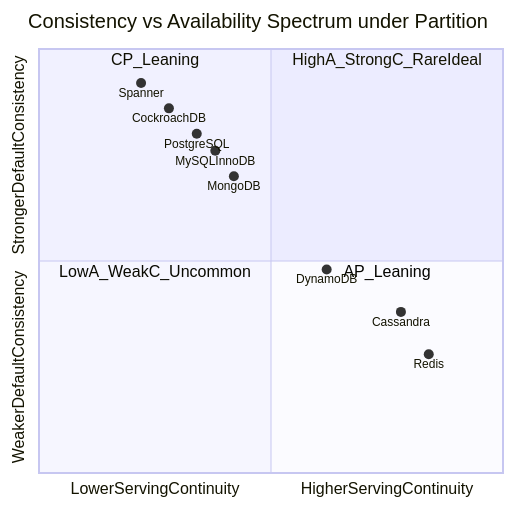
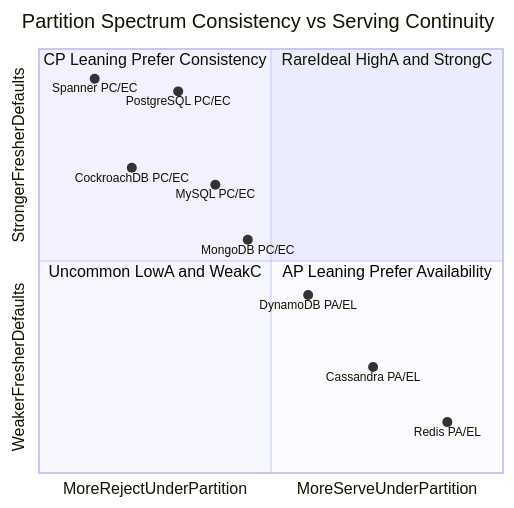
The second of 2 diagrams in database/database-masterclass/01-theory-and-foundations/01-cap-pacelc-theorems.md (GabrielAlmeidaFlores/Senior-Software-Architect), drawn with Mermaid before and after one commit. The commit also changed other lines of this file, not shown here.

Commit message:
Refine Consistency–Availability Spectrum Descriptions and Chart
This update enhances the Consistency–Availability Spectrum section by clarifying the axes and markers in the quadrant chart, improving the pedagogical clarity of the content. The descriptions of SQL and NoSQL systems' positions have been expanded to better articulate their default behaviors under partition conditions. Additionally, the accompanying table has been updated to reflect these changes, ensuring a more accurate representation of each database's tendencies regarding consistency and availability. This refinement aims to provide clearer insights for architectural decision-making.

````diff
--- a/database/database-masterclass/01-theory-and-foundations/01-cap-pacelc-theorems.md
+++ b/database/database-masterclass/01-theory-and-foundations/01-cap-pacelc-theorems.md
@@ -104,18 +106,18 @@
 ```mermaid
 quadrantChart
-    title Consistency vs Availability Spectrum under Partition
-    x-axis LowerServingContinuity --> HigherServingContinuity
-    y-axis WeakerDefaultConsistency --> StrongerDefaultConsistency
-    quadrant-1 HighA_StrongC_RareIdeal
-    quadrant-2 CP_Leaning
-    quadrant-3 LowA_WeakC_Uncommon
-    quadrant-4 AP_Leaning
-    Spanner: [0.22, 0.92]
-    CockroachDB: [0.28, 0.86]
-    PostgreSQL: [0.34, 0.80]
-    MySQLInnoDB: [0.38, 0.76]
-    MongoDB: [0.42, 0.70]
-    DynamoDB: [0.62, 0.48]
-    Cassandra: [0.78, 0.38]
-    Redis: [0.84, 0.28]
+    title Partition Spectrum Consistency vs Serving Continuity
+    x-axis MoreRejectUnderPartition --> MoreServeUnderPartition
+    y-axis WeakerFresherDefaults --> StrongerFresherDefaults
+    quadrant-1 RareIdeal HighA and StrongC
+    quadrant-2 CP Leaning Prefer Consistency
+    quadrant-3 Uncommon LowA and WeakC
+    quadrant-4 AP Leaning Prefer Availability
+    Spanner PC/EC: [0.12, 0.93]
+    CockroachDB PC/EC: [0.20, 0.72]
+    PostgreSQL PC/EC: [0.30, 0.90]
+    MySQL PC/EC: [0.38, 0.68]
+    MongoDB PC/EC: [0.45, 0.55]
+    DynamoDB PA/EL: [0.58, 0.42]
+    Cassandra PA/EL: [0.72, 0.25]
+    Redis PA/EL: [0.88, 0.12]
 ```
````
